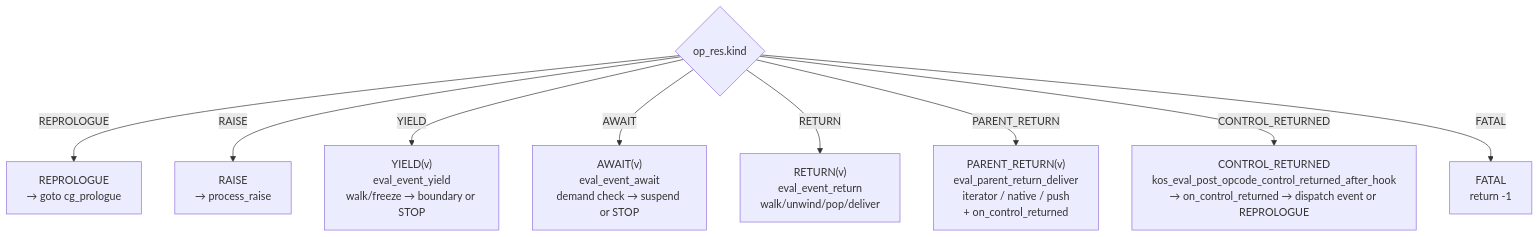
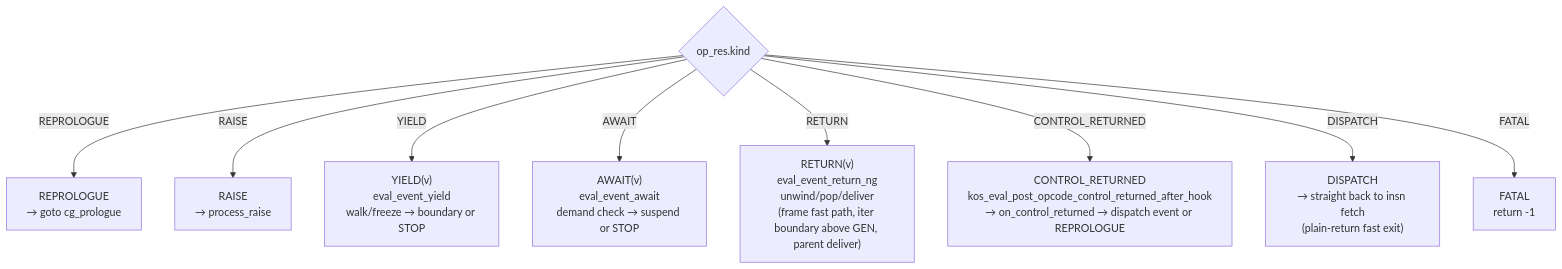
One commit to koskari-lang/koskari changed the seventh of 11 diagrams in design/EVALUATOR.md. Above: the diagram before and after it, drawn with Mermaid. The commit also changed other lines of this file and 10 other files, not shown here.

````diff
--- a/design/EVALUATOR.md
+++ b/design/EVALUATOR.md
@@ -388,21 +393,21 @@
 ```mermaid
 flowchart TD
     kind{"op_res.kind"}
     repro["REPROLOGUE<br/>→ goto cg_prologue"]
     raise["RAISE<br/>→ process_raise"]
     yield["YIELD(v)<br/>eval_event_yield<br/>walk/freeze → boundary or STOP"]
     await["AWAIT(v)<br/>eval_event_await<br/>demand check → suspend or STOP"]
-    ret["RETURN(v)<br/>eval_event_return<br/>walk/unwind/pop/deliver"]
-    pret["PARENT_RETURN(v)<br/>eval_parent_return_deliver<br/>iterator / native / push<br/>+ on_control_returned"]
+    ret["RETURN(v)<br/>eval_event_return_ng<br/>unwind/pop/deliver<br/>(frame fast path, iter boundary above GEN, parent deliver)"]
     ctrl["CONTROL_RETURNED<br/>kos_eval_post_opcode_control_returned_after_hook<br/>→ on_control_returned → dispatch event or REPROLOGUE"]
+    disp["DISPATCH<br/>→ straight back to insn fetch<br/>(plain-return fast exit)"]
     fatal["FATAL<br/>return -1"]
 
     kind -->|REPROLOGUE| repro
     kind -->|RAISE| raise
     kind -->|YIELD| yield
     kind -->|AWAIT| await
     kind -->|RETURN| ret
-    kind -->|PARENT_RETURN| pret
     kind -->|CONTROL_RETURNED| ctrl
+    kind -->|DISPATCH| disp
     kind -->|FATAL| fatal
 ```
````
